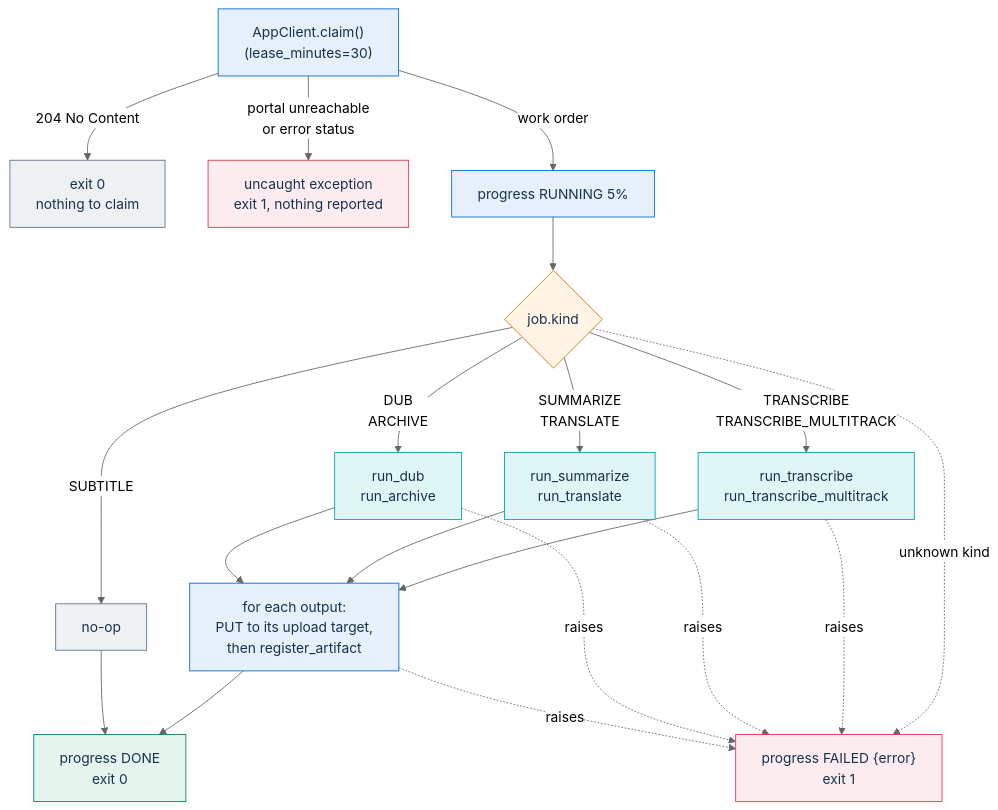
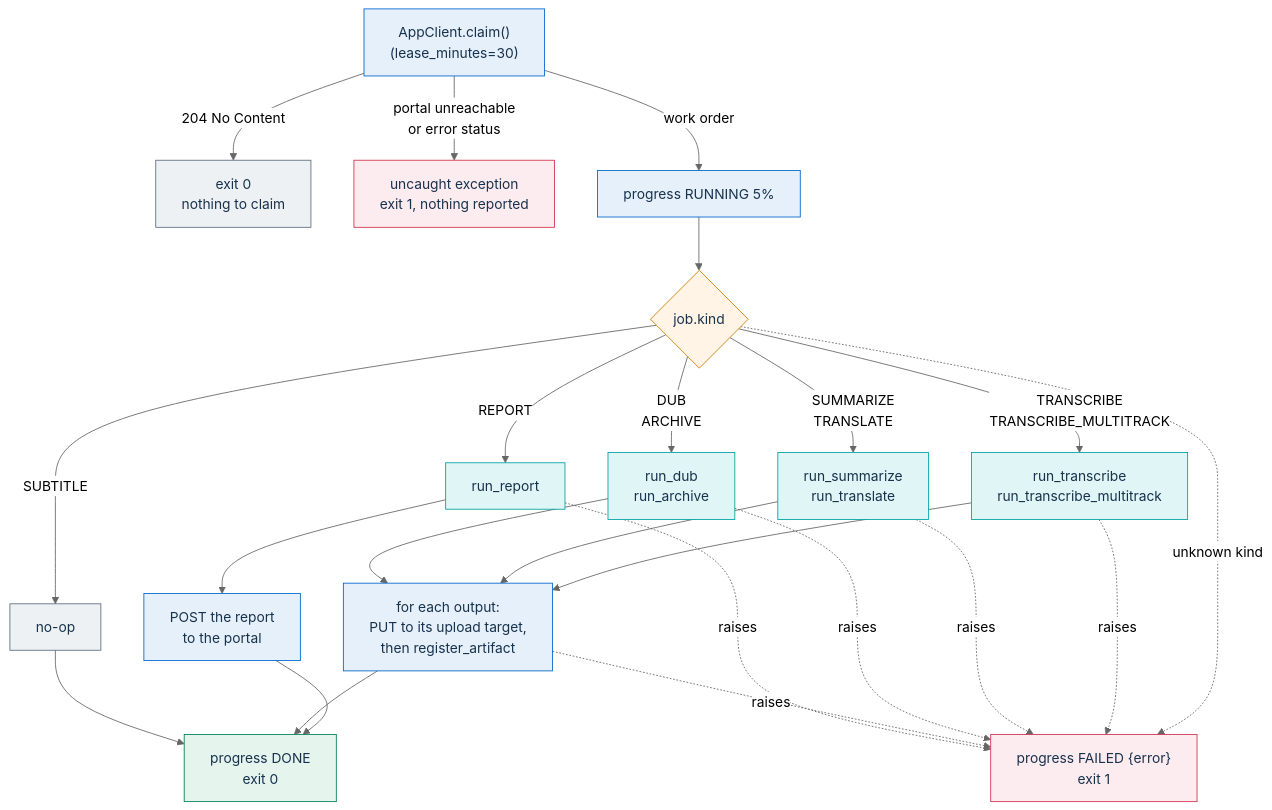
One commit to italia/pa-webinar changed the first of 2 diagrams in infra/ai/worker/README.md. Above: the diagram before and after it, drawn with Mermaid (neutral theme). The commit also changed other lines of this file and 84 other files, not shown here.

````diff
--- a/infra/ai/worker/README.md
+++ b/infra/ai/worker/README.md
@@ -29,31 +29,34 @@
 ```mermaid
 flowchart TD
   claim["AppClient.claim()<br/>(lease_minutes=30)"]
   claim -- "204 No Content" --> idle["exit 0<br/>nothing to claim"]
   claim -- "portal unreachable<br/>or error status" --> crash["uncaught exception<br/>exit 1, nothing reported"]
   claim -- "work order" --> running["progress RUNNING 5%"]
   running --> kind{"job.kind"}
   kind -- "TRANSCRIBE<br/>TRANSCRIBE_MULTITRACK" --> asr["run_transcribe<br/>run_transcribe_multitrack"]
   kind -- "SUMMARIZE<br/>TRANSLATE" --> llm["run_summarize<br/>run_translate"]
   kind -- "DUB<br/>ARCHIVE" --> media["run_dub<br/>run_archive"]
   kind -- "SUBTITLE" --> noop["no-op"]
+  kind -- "REPORT" --> report["run_report"]
+  report --> deliver["POST the report<br/>to the portal"]
+  deliver --> done
   asr --> out["for each output:<br/>PUT to its upload target,<br/>then register_artifact"]
   llm --> out
   media --> out
   out --> done["progress DONE<br/>exit 0"]
   noop --> done
   kind -. "unknown kind" .-> failed["progress FAILED {error}<br/>exit 1"]
-  asr & llm & media & out -. "raises" .-> failed
+  asr & llm & media & out & report -. "raises" .-> failed
   classDef step fill:#E6F0FA,stroke:#0066CC,color:#17324D
   classDef handler fill:#E0F5F5,stroke:#00A3A3,color:#17324D
   classDef check fill:#FFF4E5,stroke:#CC7A00,color:#17324D
   classDef ok fill:#E6F4EE,stroke:#008055,color:#17324D
   classDef bad fill:#FDECEF,stroke:#D1344C,color:#17324D
   classDef neutral fill:#EEF1F4,stroke:#5C6F82,color:#17324D
-  class claim,running,out step
-  class asr,llm,media handler
+  class claim,running,out,deliver step
+  class asr,llm,media,report handler
   class kind check
   class done ok
   class failed,crash bad
   class idle,noop neutral
 ```
````
